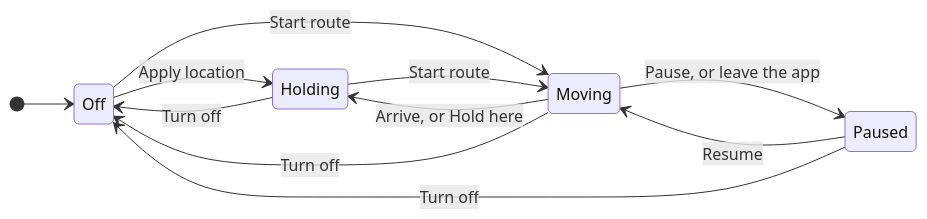
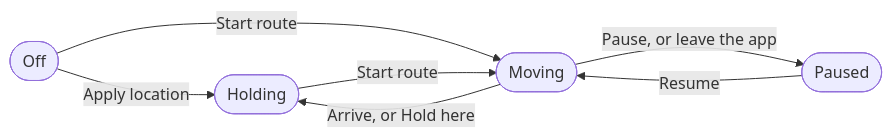
One commit to ezzuldinSt/LSpoof changed the diagram in README.md. Above: the diagram before and after it, drawn with Mermaid. The commit also changed other lines of this file, not shown here.

Commit message:
Simplify the state diagram and give two headings plain anchors

````diff
--- a/README.md
+++ b/README.md
@@ -439,14 +441,9 @@
 ```mermaid
-stateDiagram-v2
-    direction LR
-    [*] --> Off
-    Off --> Holding: Apply location
-    Off --> Moving: Start route
-    Holding --> Moving: Start route
-    Moving --> Paused: Pause, or leave the app
-    Paused --> Moving: Resume
-    Moving --> Holding: Arrive, or Hold here
-    Holding --> Off: Turn off
-    Moving --> Off: Turn off
-    Paused --> Off: Turn off
+flowchart LR
+    Off(["Off"]) -- Apply location --> Holding(["Holding"])
+    Off -- Start route --> Moving(["Moving"])
+    Holding -- Start route --> Moving
+    Moving -- "Arrive, or Hold here" --> Holding
+    Moving -- "Pause, or leave the app" --> Paused(["Paused"])
+    Paused -- Resume --> Moving
 ```
````
